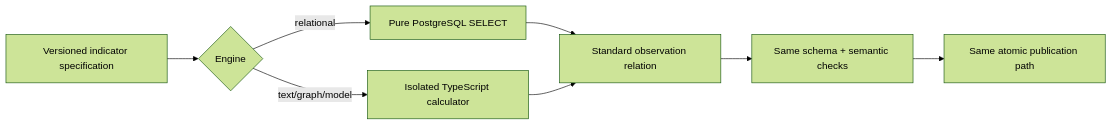
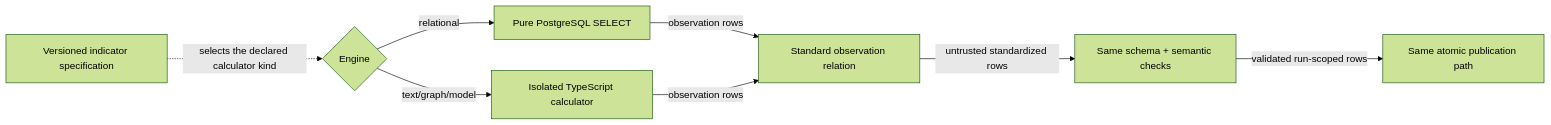
One commit to Viespirkiu-grupe/viespirkiai changed the fourth of 5 diagrams in docs/risk-indicators-public-page-and-maintenance.md. Above: the diagram before and after it, drawn with Mermaid (forest theme). The commit also changed other lines of this file and 1 other file, not shown here.

````diff
--- a/docs/risk-indicators-public-page-and-maintenance.md
+++ b/docs/risk-indicators-public-page-and-maintenance.md
@@ -508,10 +668,10 @@
 ```mermaid
 flowchart LR
-    M[Versioned indicator specification] --> E{Engine}
+    M[Versioned indicator specification] -.->|selects the declared calculator kind| E{Engine}
     E -->|relational| S[Pure PostgreSQL SELECT]
     E -->|text/graph/model| C[Isolated TypeScript calculator]
-    S --> O[Standard observation relation]
-    C --> O
-    O --> V[Same schema + semantic checks]
-    V --> P[Same atomic publication path]
+    S -->|observation rows| O[Standard observation relation]
+    C -->|observation rows| O
+    O -->|untrusted standardized rows| V[Same schema + semantic checks]
+    V -->|validated run-scoped rows| P[Same atomic publication path]
 ```
````
